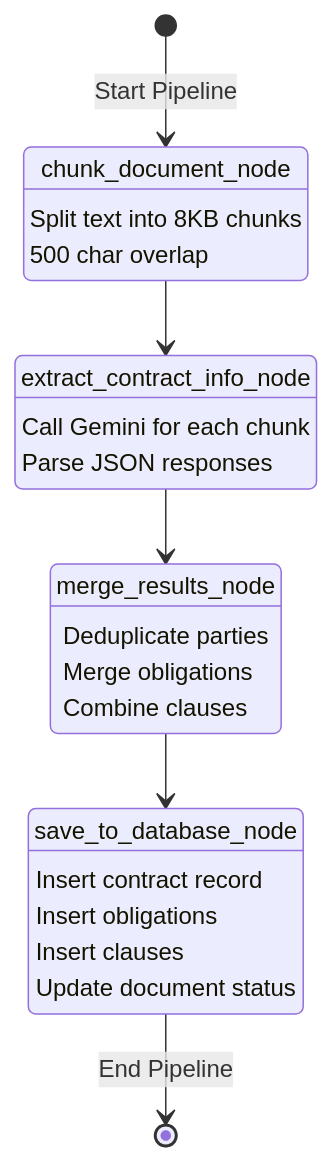
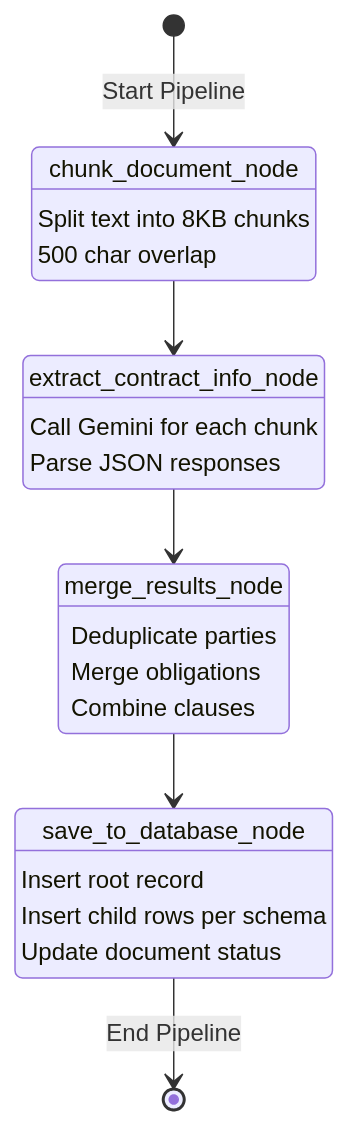
The third of 12 diagrams in README.md (gustavorubim/document-entity-extractor), drawn with Mermaid before and after one commit. The commit also changed other lines of this file and 4 other files, not shown here.

First line of the commit message:
Add YAML schema support for easier configuration

````diff
--- a/README.md
+++ b/README.md
@@ -273,28 +282,27 @@
 ```mermaid
 stateDiagram-v2
     [*] --> ChunkDocument: Start Pipeline
 
     ChunkDocument: chunk_document_node
     ChunkDocument: Split text into 8KB chunks
     ChunkDocument: 500 char overlap
 
     ExtractInfo: extract_contract_info_node
     ExtractInfo: Call Gemini for each chunk
     ExtractInfo: Parse JSON responses
 
     MergeResults: merge_results_node
     MergeResults: Deduplicate parties
     MergeResults: Merge obligations
     MergeResults: Combine clauses
 
     SaveDB: save_to_database_node
-    SaveDB: Insert contract record
-    SaveDB: Insert obligations
-    SaveDB: Insert clauses
+    SaveDB: Insert root record
+    SaveDB: Insert child rows per schema
     SaveDB: Update document status
 
     ChunkDocument --> ExtractInfo
     ExtractInfo --> MergeResults
     MergeResults --> SaveDB
     SaveDB --> [*]: End Pipeline
 ```
````
